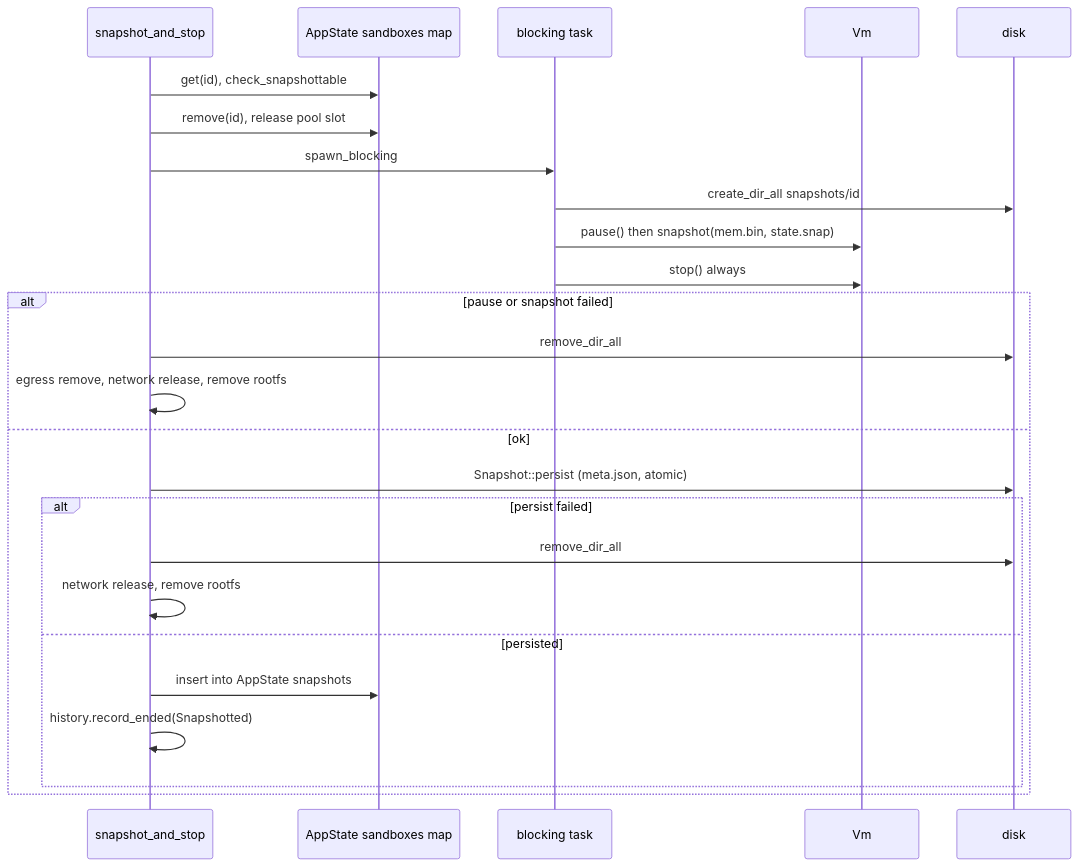
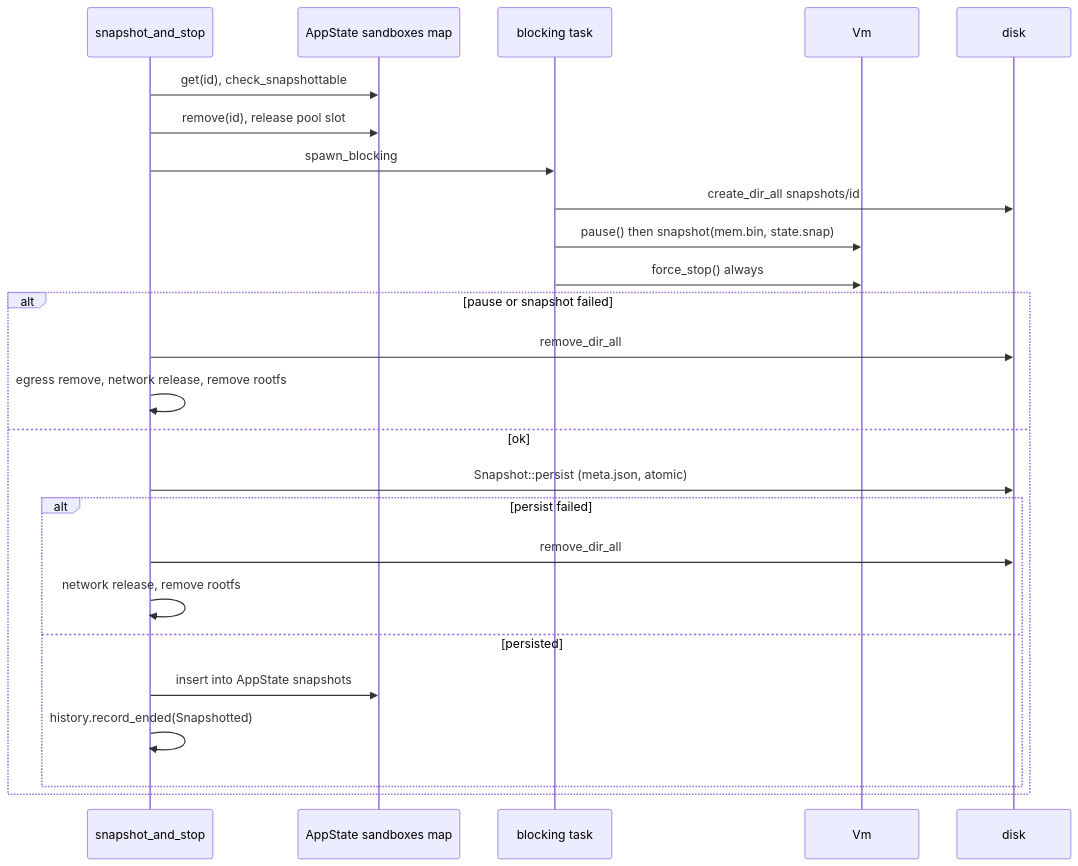
Before and after one commit to SumitKumar-17/sandkiln: the third of 4 diagrams in website/src/content/engineering/06-snapshots-resume-fork.md, drawn with Mermaid. The commit also changed other lines of this file and 91 other files, not shown here.

````diff
--- a/website/src/content/engineering/06-snapshots-resume-fork.md
+++ b/website/src/content/engineering/06-snapshots-resume-fork.md
@@ -106,27 +108,27 @@
 ```mermaid
 sequenceDiagram
     participant H as snapshot_and_stop
     participant M as AppState sandboxes map
     participant B as blocking task
     participant V as Vm
     participant D as disk
     H->>M: get(id), check_snapshottable
     H->>M: remove(id), release pool slot
     H->>B: spawn_blocking
     B->>D: create_dir_all snapshots/id
     B->>V: pause() then snapshot(mem.bin, state.snap)
-    B->>V: stop() always
+    B->>V: force_stop() always
     alt pause or snapshot failed
         H->>D: remove_dir_all
         H->>H: egress remove, network release, remove rootfs
     else ok
         H->>D: Snapshot::persist (meta.json, atomic)
         alt persist failed
             H->>D: remove_dir_all
             H->>H: network release, remove rootfs
         else persisted
             H->>M: insert into AppState snapshots
             H->>H: history.record_ended(Snapshotted)
         end
     end
 ```
````
